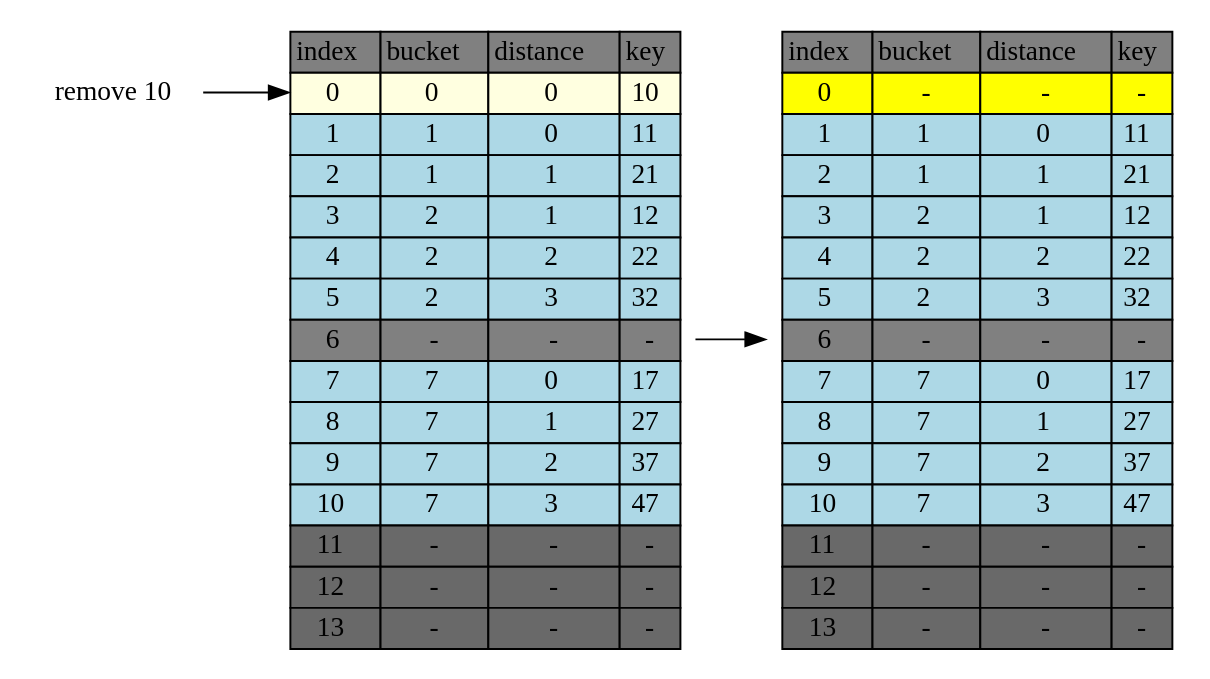
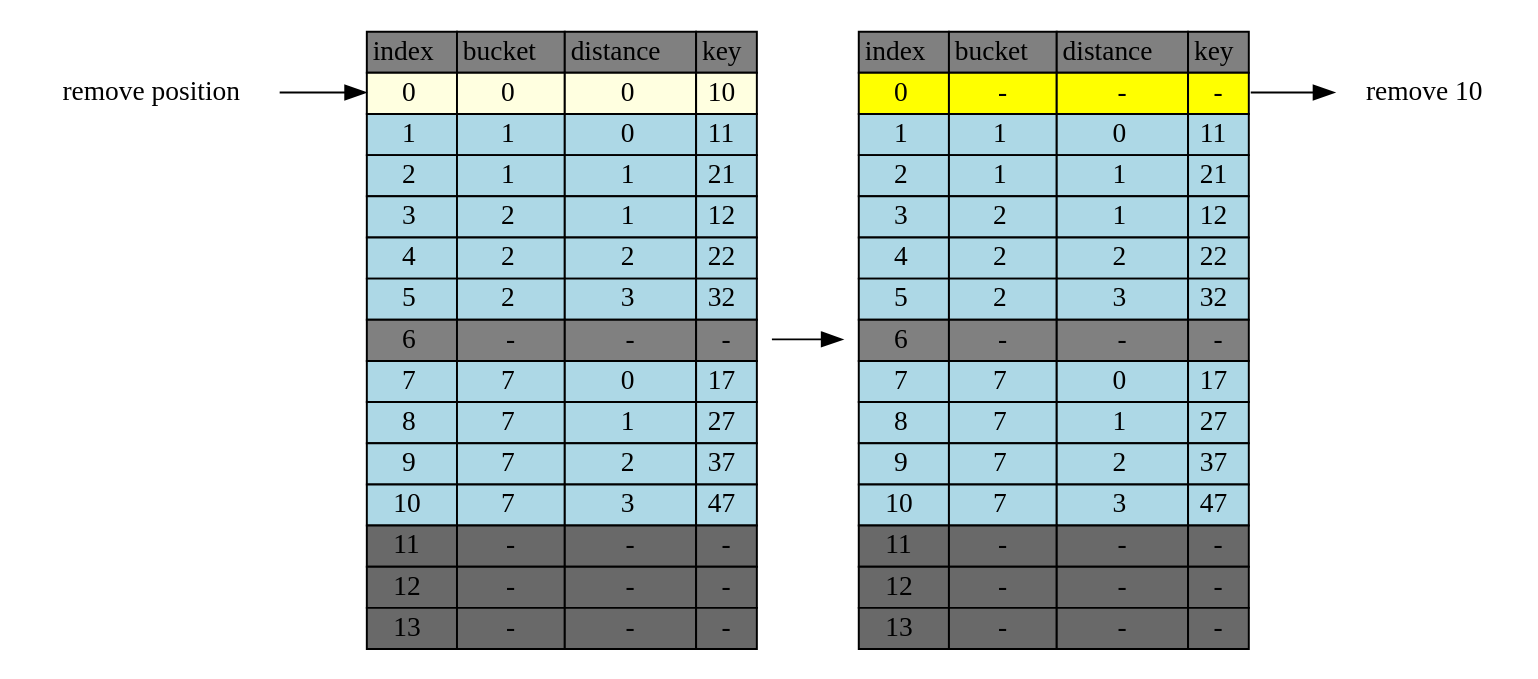
One commit to jasonlue/digest changed the diagram in hashing/cluster-remove-10.dot. Above: the diagram before and after it, drawn with Graphviz. The commit also changed 5 other files, not shown here.

```diff
--- a/hashing/cluster-remove-10.dot
+++ b/hashing/cluster-remove-10.dot
@@ -1,196 +1,197 @@
 digraph table{
     rankdir=LR
     node[shape=plaintext]
 
     table[label=<
         <TABLE BORDER="0" CELLBORDER="1" CELLSPACING="0">
             <TR>
                 <TD BGCOLOR="grey">index</TD>
                 <TD BGCOLOR="grey">bucket</TD>
                 <TD BGCOLOR="grey">distance</TD>
                 <TD BGCOLOR="grey">key</TD>
             </TR>           
             <TR>
                 <TD BGCOLOR="lightyellow" PORT="i0">0</TD>
                 <TD BGCOLOR="lightyellow">0</TD>
                 <TD BGCOLOR="lightyellow">0</TD>
                 <TD BGCOLOR="lightyellow" PORT="k0">10</TD>
             </TR>           
             <TR>
                 <TD BGCOLOR="lightblue" PORT="i1">1</TD>
                 <TD BGCOLOR="lightblue">1</TD>
                 <TD BGCOLOR="lightblue">0</TD>
                 <TD BGCOLOR="lightblue" PORT="k1">11</TD>
             </TR>           
             <TR>
                 <TD BGCOLOR="lightblue" PORT="i2">2</TD>
                 <TD BGCOLOR="lightblue">1</TD>
                 <TD BGCOLOR="lightblue">1</TD>
                 <TD BGCOLOR="lightblue" PORT="k2">21</TD>
             </TR>           
             <TR>
                 <TD BGCOLOR="lightblue" PORT="i3">3</TD>
                 <TD BGCOLOR="lightblue">2</TD>
                 <TD BGCOLOR="lightblue">1</TD>
                 <TD BGCOLOR="lightblue" PORT="k3">12</TD>
             </TR>           
             <TR>
                 <TD BGCOLOR="lightblue" PORT="i4">4</TD>
                 <TD BGCOLOR="lightblue">2</TD>
                 <TD BGCOLOR="lightblue">2</TD>
                 <TD BGCOLOR="lightblue" PORT="k4">22</TD>
             </TR>           
             <TR>
                 <TD BGCOLOR="lightblue" PORT="i5">5</TD>
                 <TD BGCOLOR="lightblue">2</TD>
                 <TD BGCOLOR="lightblue">3</TD>
                 <TD BGCOLOR="lightblue" PORT="k5">32</TD>
             </TR>
             <TR>
                 <TD BGCOLOR="grey" PORT="i6">6</TD>
                 <TD BGCOLOR="grey">-</TD>
                 <TD BGCOLOR="grey">-</TD>
                 <TD BGCOLOR="grey" PORT="k6">-</TD> 
             </TR>           
             <TR>
                 <TD BGCOLOR="lightblue" PORT="i7">7</TD>
                 <TD BGCOLOR="lightblue">7</TD>
                 <TD BGCOLOR="lightblue">0</TD>
                 <TD BGCOLOR="lightblue" PORT="k7">17</TD>
             </TR>           
             <TR>
                 <TD BGCOLOR="lightblue" PORT="i8">8</TD>
                 <TD BGCOLOR="lightblue">7</TD>
                 <TD BGCOLOR="lightblue">1</TD>
                 <TD BGCOLOR="lightblue" PORT="k8">27</TD>
             </TR>           
             <TR>
                 <TD BGCOLOR="lightblue" PORT="i9">9</TD>
                 <TD BGCOLOR="lightblue">7</TD>
                 <TD BGCOLOR="lightblue">2</TD>
                 <TD BGCOLOR="lightblue" PORT="k9">37</TD>
             </TR>           
             <TR>
                 <TD BGCOLOR="lightblue" PORT="i10">10</TD>
                 <TD BGCOLOR="lightblue">7</TD>
                 <TD BGCOLOR="lightblue">3</TD>
                 <TD BGCOLOR="lightblue" PORT="k10">47</TD>
             </TR>           
             <TR>
                 <TD BGCOLOR="dimgrey" PORT="i11">11</TD>
                 <TD BGCOLOR="dimgrey">-</TD>
                 <TD BGCOLOR="dimgrey">-</TD>
                 <TD BGCOLOR="dimgrey" PORT="k11">-</TD>
             </TR>           
             <TR>
                 <TD BGCOLOR="dimgrey" PORT="i12">12</TD>
                 <TD BGCOLOR="dimgrey">-</TD>
                 <TD BGCOLOR="dimgrey">-</TD>
                 <TD BGCOLOR="dimgrey" PORT="k12">-</TD>
             </TR>           
             <TR>
                 <TD BGCOLOR="dimgrey" PORT="i13">13</TD>
                 <TD BGCOLOR="dimgrey">-</TD>
                 <TD BGCOLOR="dimgrey">-</TD>
                 <TD BGCOLOR="dimgrey" PORT="k13">-</TD>
             </TR>           
         </TABLE>
     >]
      table2[label=<
         <TABLE BORDER="0" CELLBORDER="1" CELLSPACING="0">
             <TR>
                 <TD BGCOLOR="grey">index</TD>
                 <TD BGCOLOR="grey">bucket</TD>
                 <TD BGCOLOR="grey">distance</TD>
                 <TD BGCOLOR="grey">key</TD>
             </TR>           
             <TR>
                 <TD BGCOLOR="yellow" PORT="i0">0</TD>
                 <TD BGCOLOR="yellow">-</TD>
                 <TD BGCOLOR="yellow">-</TD>
                 <TD BGCOLOR="yellow" PORT="k0">-</TD>
             </TR>           
             <TR>
                 <TD BGCOLOR="lightblue" PORT="i1">1</TD>
                 <TD BGCOLOR="lightblue">1</TD>
                 <TD BGCOLOR="lightblue">0</TD>
                 <TD BGCOLOR="lightblue" PORT="k1">11</TD>
             </TR>           
             <TR>
                 <TD BGCOLOR="lightblue" PORT="i2">2</TD>
                 <TD BGCOLOR="lightblue">1</TD>
                 <TD BGCOLOR="lightblue">1</TD>
                 <TD BGCOLOR="lightblue" PORT="k2">21</TD>
             </TR>           
             <TR>
                 <TD BGCOLOR="lightblue" PORT="i3">3</TD>
                 <TD BGCOLOR="lightblue">2</TD>
                 <TD BGCOLOR="lightblue">1</TD>
                 <TD BGCOLOR="lightblue" PORT="k3">12</TD>
             </TR>           
             <TR>
                 <TD BGCOLOR="lightblue" PORT="i4">4</TD>
                 <TD BGCOLOR="lightblue">2</TD>
                 <TD BGCOLOR="lightblue">2</TD>
                 <TD BGCOLOR="lightblue" PORT="k4">22</TD>
             </TR>           
             <TR>
                 <TD BGCOLOR="lightblue" PORT="i5">5</TD>
                 <TD BGCOLOR="lightblue">2</TD>
                 <TD BGCOLOR="lightblue">3</TD>
                 <TD BGCOLOR="lightblue" PORT="k5">32</TD>
             </TR>
             <TR>
                 <TD BGCOLOR="grey" PORT="i6">6</TD>
                 <TD BGCOLOR="grey">-</TD>
                 <TD BGCOLOR="grey">-</TD>
                 <TD BGCOLOR="grey" PORT="k6">-</TD> 
             </TR>           
             <TR>
                 <TD BGCOLOR="lightblue" PORT="i7">7</TD>
                 <TD BGCOLOR="lightblue">7</TD>
                 <TD BGCOLOR="lightblue">0</TD>
                 <TD BGCOLOR="lightblue" PORT="k7">17</TD>
             </TR>           
             <TR>
                 <TD BGCOLOR="lightblue" PORT="i8">8</TD>
                 <TD BGCOLOR="lightblue">7</TD>
                 <TD BGCOLOR="lightblue">1</TD>
                 <TD BGCOLOR="lightblue" PORT="k8">27</TD>
             </TR>           
             <TR>
                 <TD BGCOLOR="lightblue" PORT="i9">9</TD>
                 <TD BGCOLOR="lightblue">7</TD>
                 <TD BGCOLOR="lightblue">2</TD>
                 <TD BGCOLOR="lightblue" PORT="k9">37</TD>
             </TR>           
             <TR>
                 <TD BGCOLOR="lightblue" PORT="i10">10</TD>
                 <TD BGCOLOR="lightblue">7</TD>
                 <TD BGCOLOR="lightblue">3</TD>
                 <TD BGCOLOR="lightblue" PORT="k10">47</TD>
             </TR>           
             <TR>
                 <TD BGCOLOR="dimgrey" PORT="i11">11</TD>
                 <TD BGCOLOR="dimgrey">-</TD>
                 <TD BGCOLOR="dimgrey">-</TD>
                 <TD BGCOLOR="dimgrey" PORT="k11">-</TD>
             </TR>           
             <TR>
                 <TD BGCOLOR="dimgrey" PORT="i12">12</TD>
                 <TD BGCOLOR="dimgrey">-</TD>
                 <TD BGCOLOR="dimgrey">-</TD>
                 <TD BGCOLOR="dimgrey" PORT="k12">-</TD>
             </TR>           
             <TR>
                 <TD BGCOLOR="dimgrey" PORT="i13">13</TD>
                 <TD BGCOLOR="dimgrey">-</TD>
                 <TD BGCOLOR="dimgrey">-</TD>
                 <TD BGCOLOR="dimgrey" PORT="k13">-</TD>
             </TR>           
         </TABLE>
     >]
 
- "remove 10" -> table:i0
+ "remove position" -> table:i0
+ table2:k0 -> "remove 10"
  table->table2
 }
```
